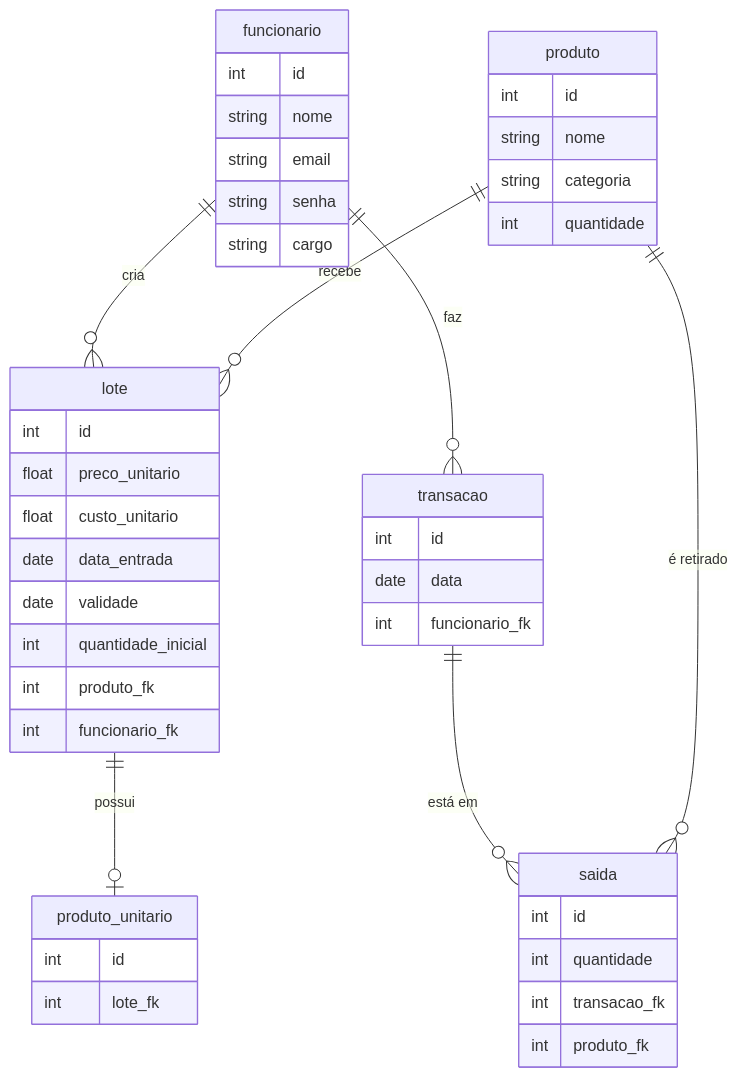
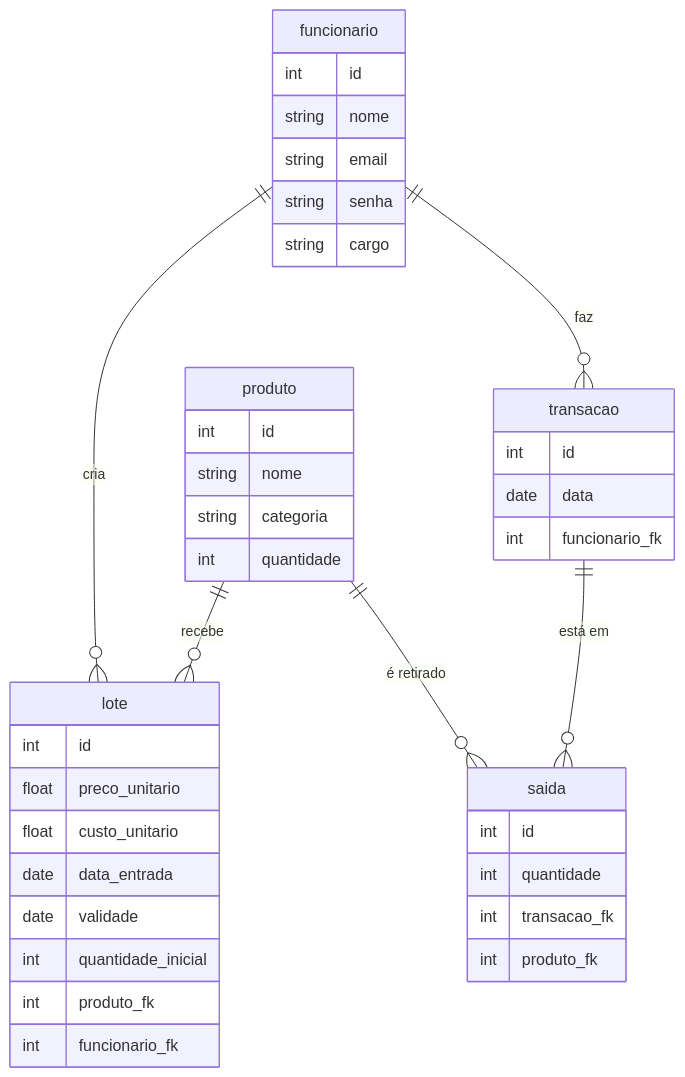
One commit to Gabriela-Amaro/gerenciamento-de-estoque changed the diagram in documentacao/modelo-conceitual.md. Above: the diagram before and after it, drawn with Mermaid.

````diff
--- a/documentacao/modelo-conceitual.md
+++ b/documentacao/modelo-conceitual.md
@@ -3,53 +3,47 @@
 ```mermaid
 erDiagram
     funcionario {
         int id
         string nome
         string email
         string senha
         string cargo
     }
 
     transacao {
         int id
         date data
         int funcionario_fk
     }
 
     saida {
         int id
         int quantidade
         int transacao_fk
         int produto_fk
     }
 
-    produto_unitario {
-        int id
-        int lote_fk
-    }
-
     lote {
         int id
         float preco_unitario
         float custo_unitario
         date data_entrada
         date validade
         int quantidade_inicial
         int produto_fk
         int funcionario_fk
     }
 
     produto {
         int id
         string nome
         string categoria
         int quantidade
     }
 
     funcionario ||--o{ lote : "cria"
-    lote ||--o| produto_unitario : "possui"
     funcionario ||--o{ transacao : "faz"
     transacao ||--o{ saida : "está em"
     produto ||--o{ lote : "recebe"
     produto ||--o{ saida : "é retirado"
 ```
````
